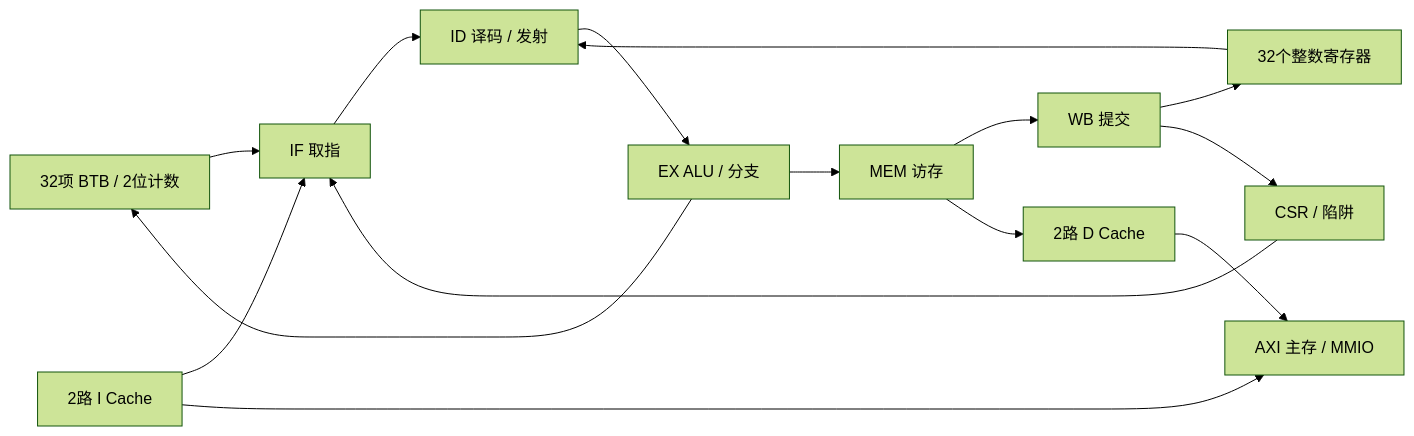
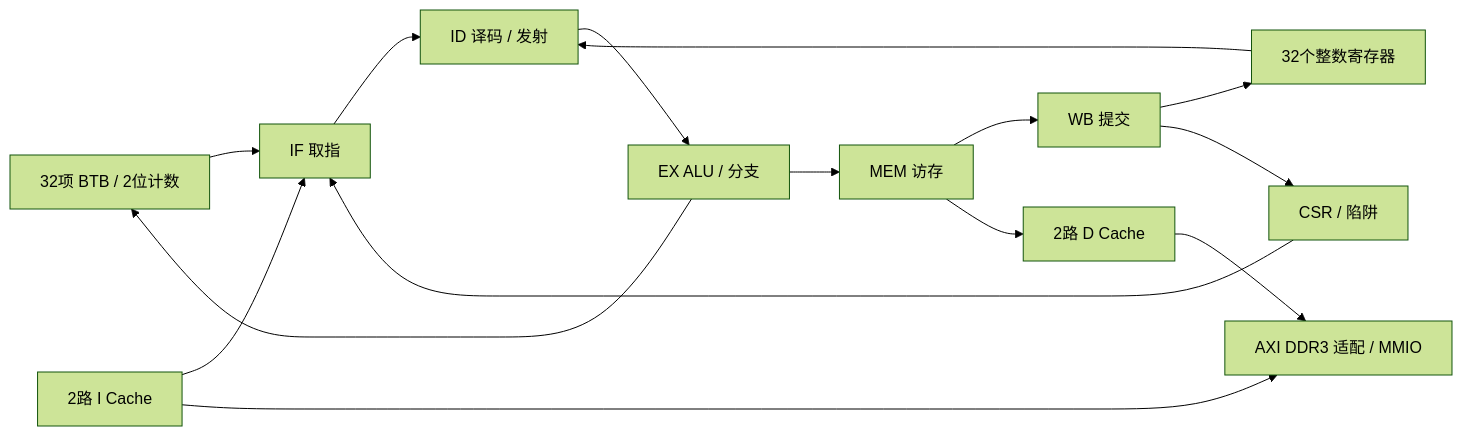
Before and after one commit to wlgzyhqq/VCSIR: the diagram in docs/architecture.md, drawn with Mermaid (forest theme). The commit also changed other lines of this file and 865 other files, not shown here.

````diff
--- a/docs/architecture.md
+++ b/docs/architecture.md
@@ -5,17 +5,17 @@
 ```mermaid
 flowchart LR
  BTB[32项 BTB / 2位计数] --> IF[IF 取指]
  IC[2路 I Cache] --> IF
  IF --> ID[ID 译码 / 发射]
  ID --> EX[EX ALU / 分支]
  EX --> MEM[MEM 访存]
  MEM --> WB[WB 提交]
  WB --> RF[32个整数寄存器]
  RF --> ID
  MEM --> DC[2路 D Cache]
- DC --> BUS[AXI 主存 / MMIO]
+ DC --> BUS[AXI DDR3 适配 / MMIO]
  IC --> BUS
  EX --> BTB
  WB --> CSR[CSR / 陷阱]
  CSR --> IF
 ```
````
